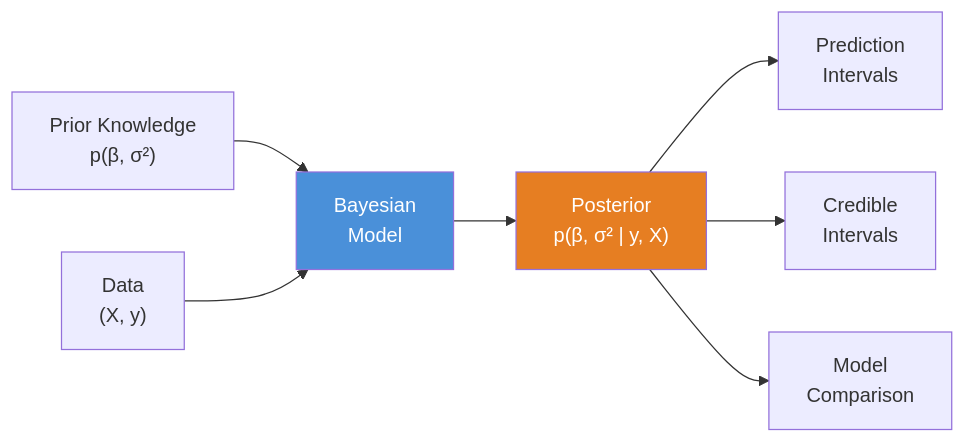
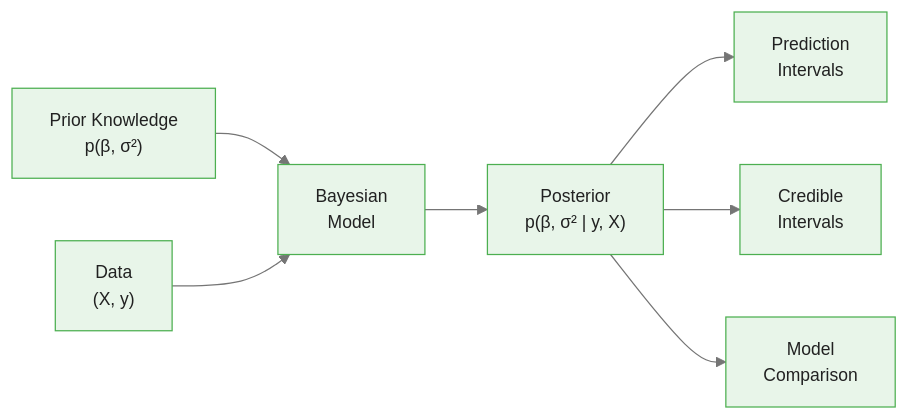
One commit to m-deane/course-creator changed the first of 3 diagrams in courses/bayesian-commodity-forecasting/modules/module_01_bayesian_fundamentals/guides/03_bayesian_regression_slides.md. Above: the diagram before and after it, drawn with Mermaid. The commit also changed other lines of this file and 104 other files, not shown here.

````diff
--- a/courses/bayesian-commodity-forecasting/modules/module_01_bayesian_fundamentals/guides/03_bayesian_regression_slides.md
+++ b/courses/bayesian-commodity-forecasting/modules/module_01_bayesian_fundamentals/guides/03_bayesian_regression_slides.md
@@ -64,11 +72,10 @@
 ```mermaid
+%%{init: {"theme": "base", "themeVariables": {"primaryColor": "#e8f5e9", "primaryBorderColor": "#4caf50", "primaryTextColor": "#212121", "secondaryColor": "#e3f2fd", "tertiaryColor": "#fff8e1", "lineColor": "#757575", "fontFamily": "Inter, sans-serif", "fontSize": "14px"}}}%%
 flowchart LR
     PK["Prior Knowledge\np(β, σ²)"] --> BM["Bayesian\nModel"]
     D["Data\n(X, y)"] --> BM
     BM --> Post["Posterior\np(β, σ² | y, X)"]
     Post --> PI["Prediction\nIntervals"]
     Post --> CI["Credible\nIntervals"]
     Post --> MC["Model\nComparison"]
-    style BM fill:#4a90d9,color:#fff
-    style Post fill:#e67e22,color:#fff
 ```
````
